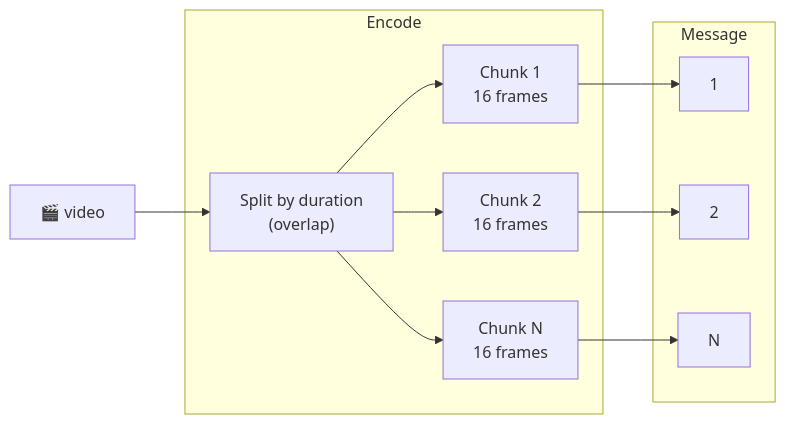
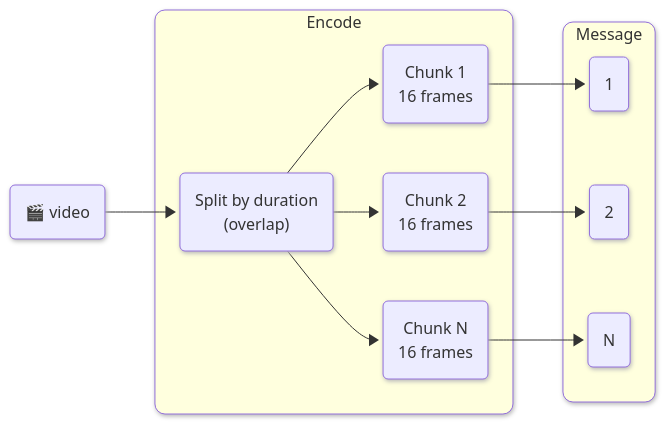
The sixth of 17 diagrams in docs/ENCODERS.md (vlm-run/mm), drawn with Mermaid before and after one commit. The commit also changed other lines of this file and 1 other file, not shown here.

````diff
--- a/docs/ENCODERS.md
+++ b/docs/ENCODERS.md
@@ -147,22 +162,25 @@
 ```mermaid
+%%{init: {'look': 'neo'} }%%
 graph LR
-  video["🎬 video"]
+  video("🎬 video")
 
   subgraph encode ["Encode"]
-    split["Split by duration\n(overlap)"]
-    c1["Chunk 1\n16 frames"]
-    c2["Chunk 2\n16 frames"]
-    c3["Chunk N\n16 frames"]
+    split("Split by duration\n(overlap)")
+    c1("Chunk 1\n16 frames")
+    c2("Chunk 2\n16 frames")
+    c3("Chunk N\n16 frames")
   end
 
   subgraph message ["Message"]
-    m1["1"]
-    m2["2"]
-    m3["N"]
+    m1("1")
+    m2("2")
+    m3("N")
   end
 
   video --> split
   split --> c1 --> m1
   split --> c2 --> m2
   split --> c3 --> m3
+  style encode rx:10px,ry:10px
+  style message rx:10px,ry:10px
 ```
````
